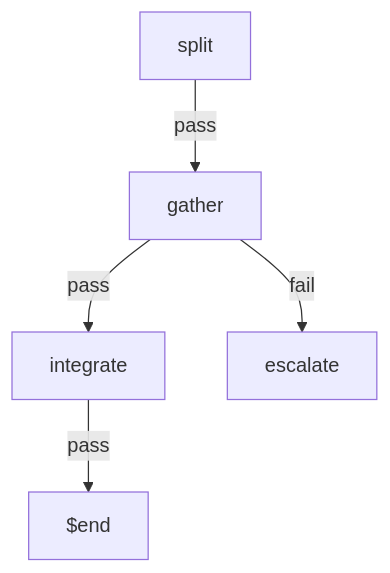
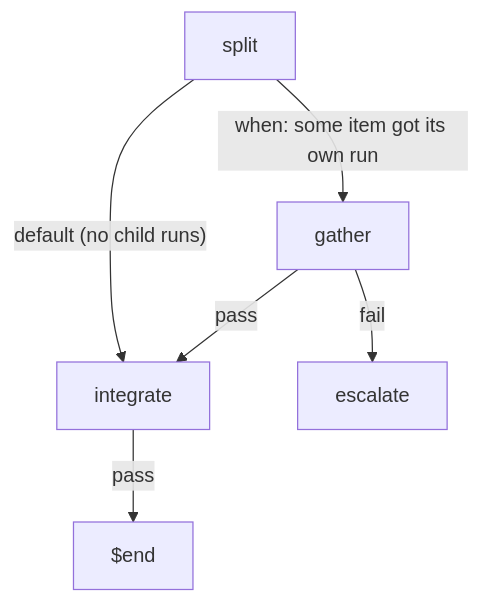
One commit to meganemura/headsign changed the eighth of 8 diagrams in example.headsign/README.md. Above: the diagram before and after it, drawn with Mermaid. The commit also changed other lines of this file and 2 other files, not shown here.

````diff
--- a/example.headsign/README.md
+++ b/example.headsign/README.md
@@ -150,7 +156,8 @@
 ```mermaid
 flowchart TD
-  split["split"] -- "pass" --> gather["gather"]
-  gather -- "pass" --> integrate["integrate"]
+  split["split"] -- "when: some item got its own run" --> gather["gather"]
+  split -- "default (no child runs)" --> integrate["integrate"]
+  gather -- "pass" --> integrate
   gather -- "fail" --> escalate["escalate"]
   integrate -- "pass" --> done["$end"]
 ```
````
